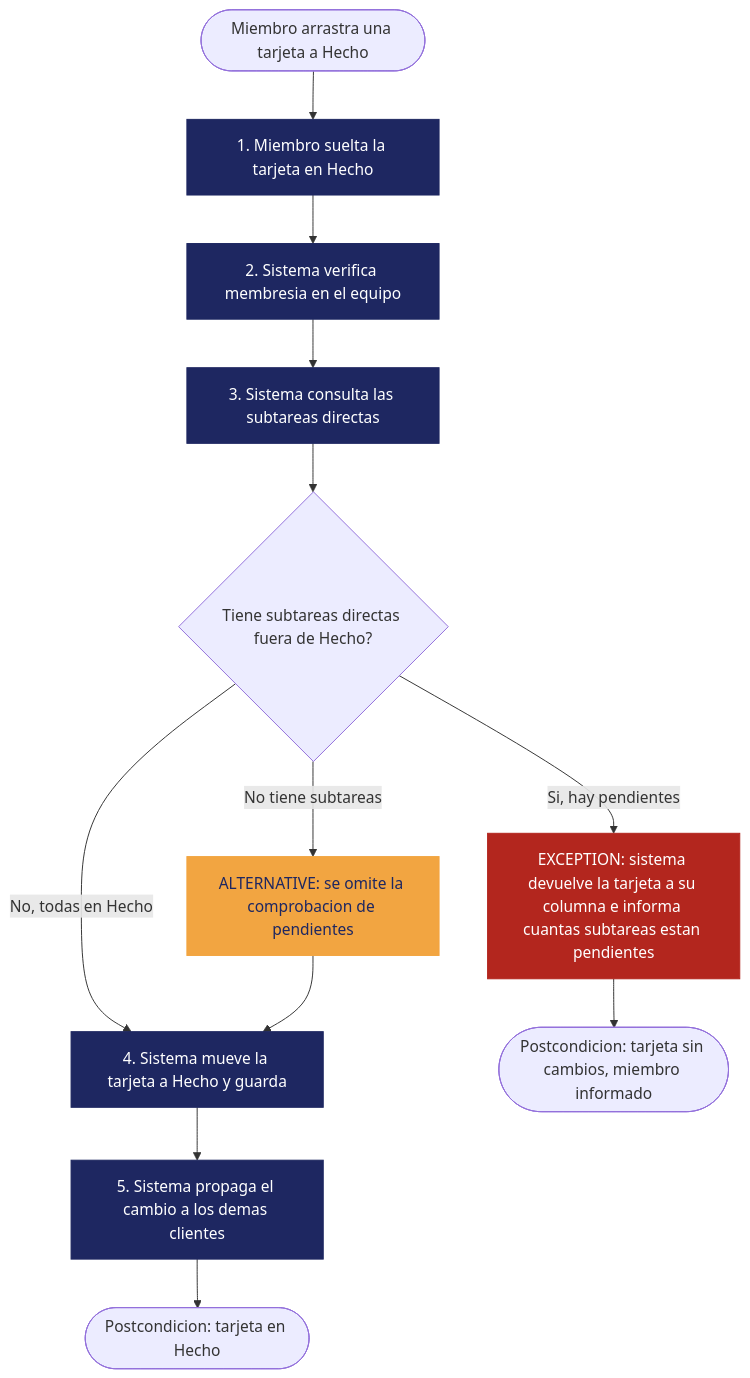
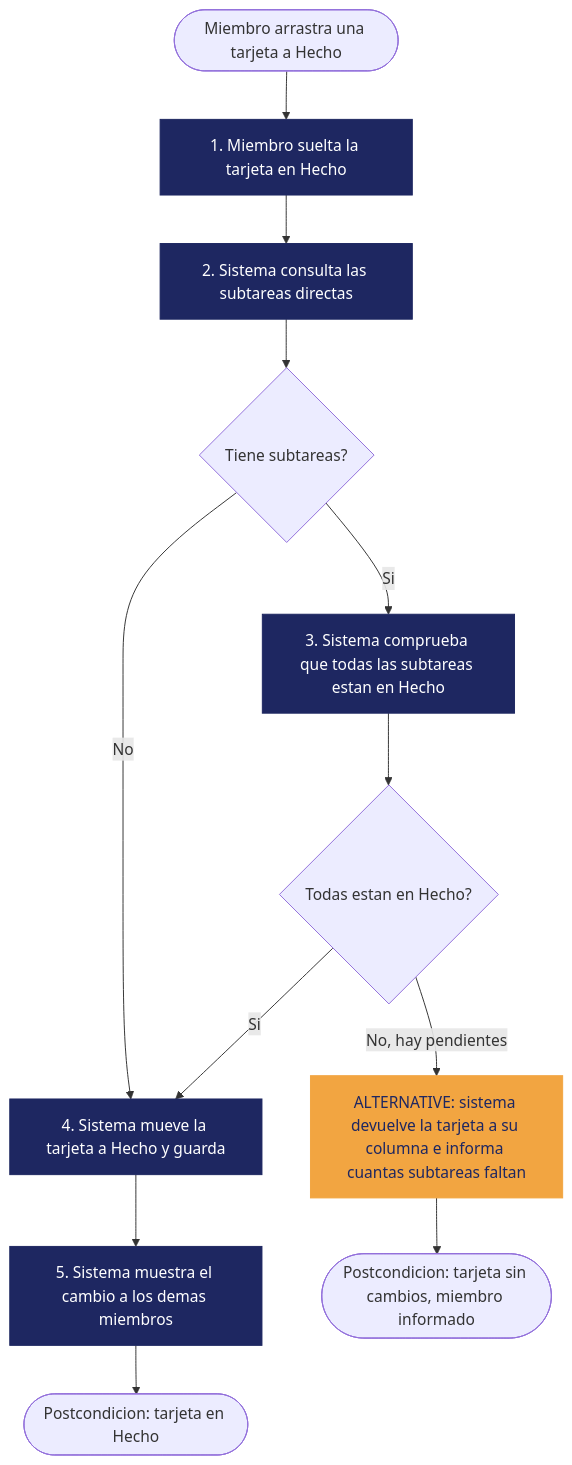
The diagram in docs/requerimientos/RF-ARB-07.md (Da-lp1012/proyectodeingesoft1), drawn with Mermaid before and after one commit. The commit also changed other lines of this file, not shown here.

````diff
--- a/docs/requerimientos/RF-ARB-07.md
+++ b/docs/requerimientos/RF-ARB-07.md
@@ -146,21 +148,19 @@
 ```mermaid
 flowchart TD
     A([Miembro arrastra una tarjeta a Hecho]) --> B["1. Miembro suelta la tarjeta en Hecho"]
-    B --> C["2. Sistema verifica membresia en el equipo"]
-    C --> D["3. Sistema consulta las subtareas directas"]
-    D --> E{"Tiene subtareas directas fuera de Hecho?"}
-    E -- "No, todas en Hecho" --> G["4. Sistema mueve la tarjeta a Hecho y guarda"]
-    G --> G2["5. Sistema propaga el cambio a los demas clientes"]
+    B --> C["2. Sistema consulta las subtareas directas"]
+    C --> D{"Tiene subtareas?"}
+    D -- "No" --> G["4. Sistema mueve la tarjeta a Hecho y guarda"]
+    D -- "Si" --> E["3. Sistema comprueba que todas las subtareas estan en Hecho"]
+    E --> F{"Todas estan en Hecho?"}
+    F -- "Si" --> G
+    G --> G2["5. Sistema muestra el cambio a los demas miembros"]
     G2 --> H(["Postcondicion: tarjeta en Hecho"])
-    E -- "No tiene subtareas" --> ALT["ALTERNATIVE: se omite la comprobacion de pendientes"]
-    ALT --> G
-    E -- "Si, hay pendientes" --> X["EXCEPTION: sistema devuelve la tarjeta a su columna e informa cuantas subtareas estan pendientes"]
+    F -- "No, hay pendientes" --> X["ALTERNATIVE: sistema devuelve la tarjeta a su columna e informa cuantas subtareas faltan"]
     X --> H2(["Postcondicion: tarjeta sin cambios, miembro informado"])
 
     classDef mainflow fill:#1E2761,color:#ffffff,stroke:#1E2761;
     classDef alt fill:#F2A541,color:#1E2761,stroke:#F2A541;
-    classDef exception fill:#B3261E,color:#ffffff,stroke:#B3261E;
-    class B,C,D,G,G2 mainflow;
-    class ALT alt;
-    class X exception;
+    class B,C,E,G,G2 mainflow;
+    class X alt;
 ```
````
